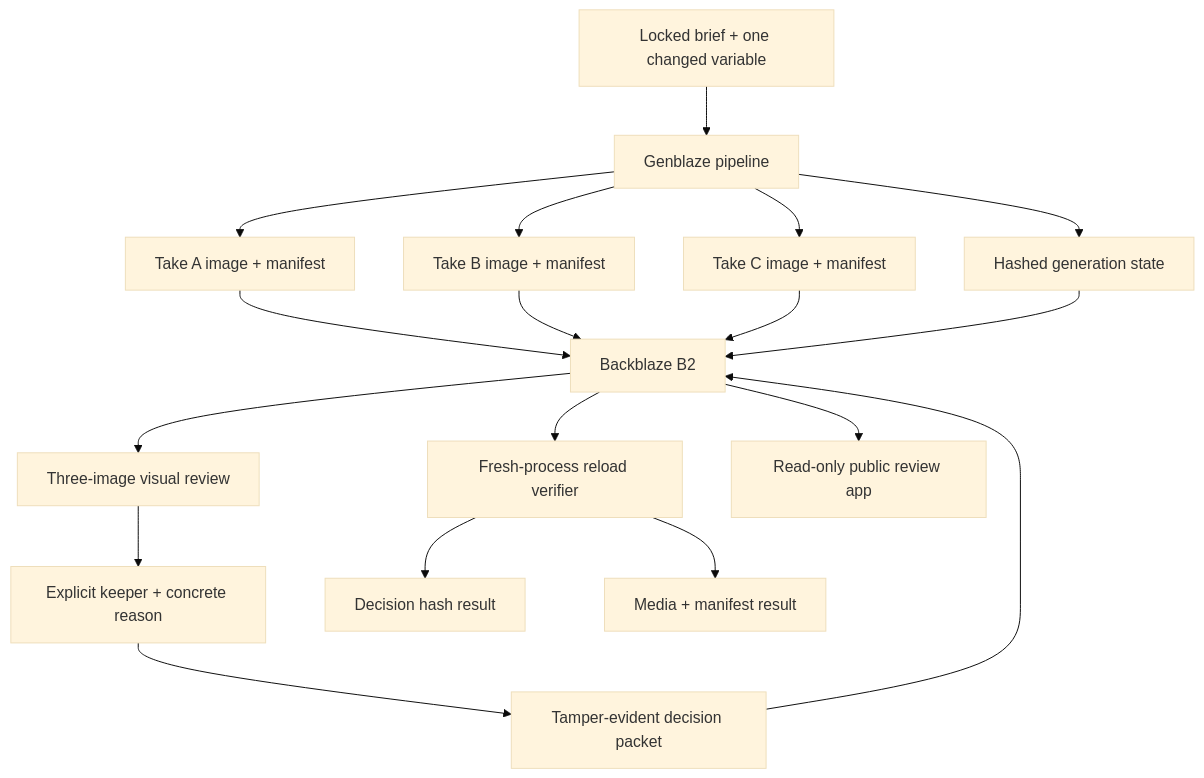
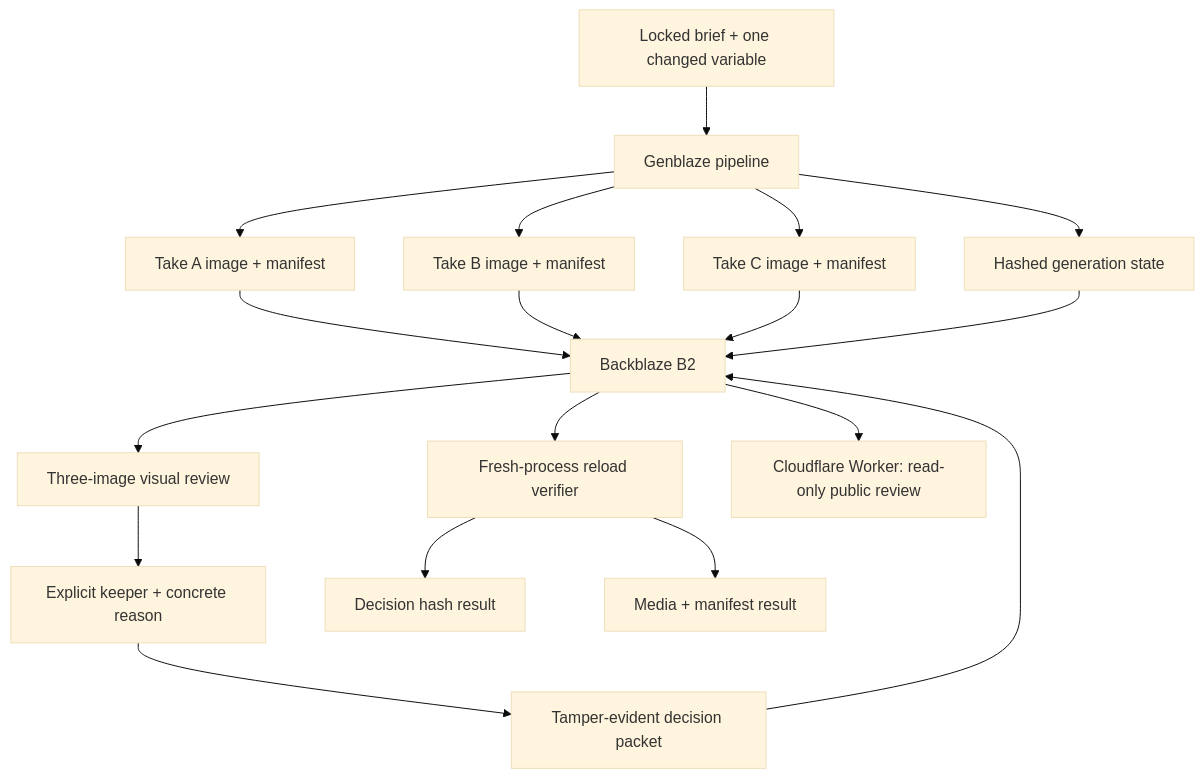
The diagram in docs/ARCHITECTURE.md (Peanuts1605/shot-ledger), drawn with Mermaid (base theme) before and after one commit. The commit also changed other lines of this file and 17 other files, not shown here.

Commit message:
Deploy read-only public proof preview

````diff
--- a/docs/ARCHITECTURE.md
+++ b/docs/ARCHITECTURE.md
@@ -6,20 +6,20 @@
 ```mermaid
 flowchart TD
     A["Locked brief + one changed variable"] --> B["Genblaze pipeline"]
     B --> C1["Take A image + manifest"]
     B --> C2["Take B image + manifest"]
     B --> C3["Take C image + manifest"]
     C1 --> D["Backblaze B2"]
     C2 --> D
     C3 --> D
     B --> E["Hashed generation state"]
     E --> D
     D --> F["Three-image visual review"]
     F --> G["Explicit keeper + concrete reason"]
     G --> H["Tamper-evident decision packet"]
     H --> D
     D --> I["Fresh-process reload verifier"]
     I --> J["Decision hash result"]
     I --> K["Media + manifest result"]
-    D --> L["Read-only public review app"]
+    D --> L["Cloudflare Worker: read-only public review"]
 ```
````
